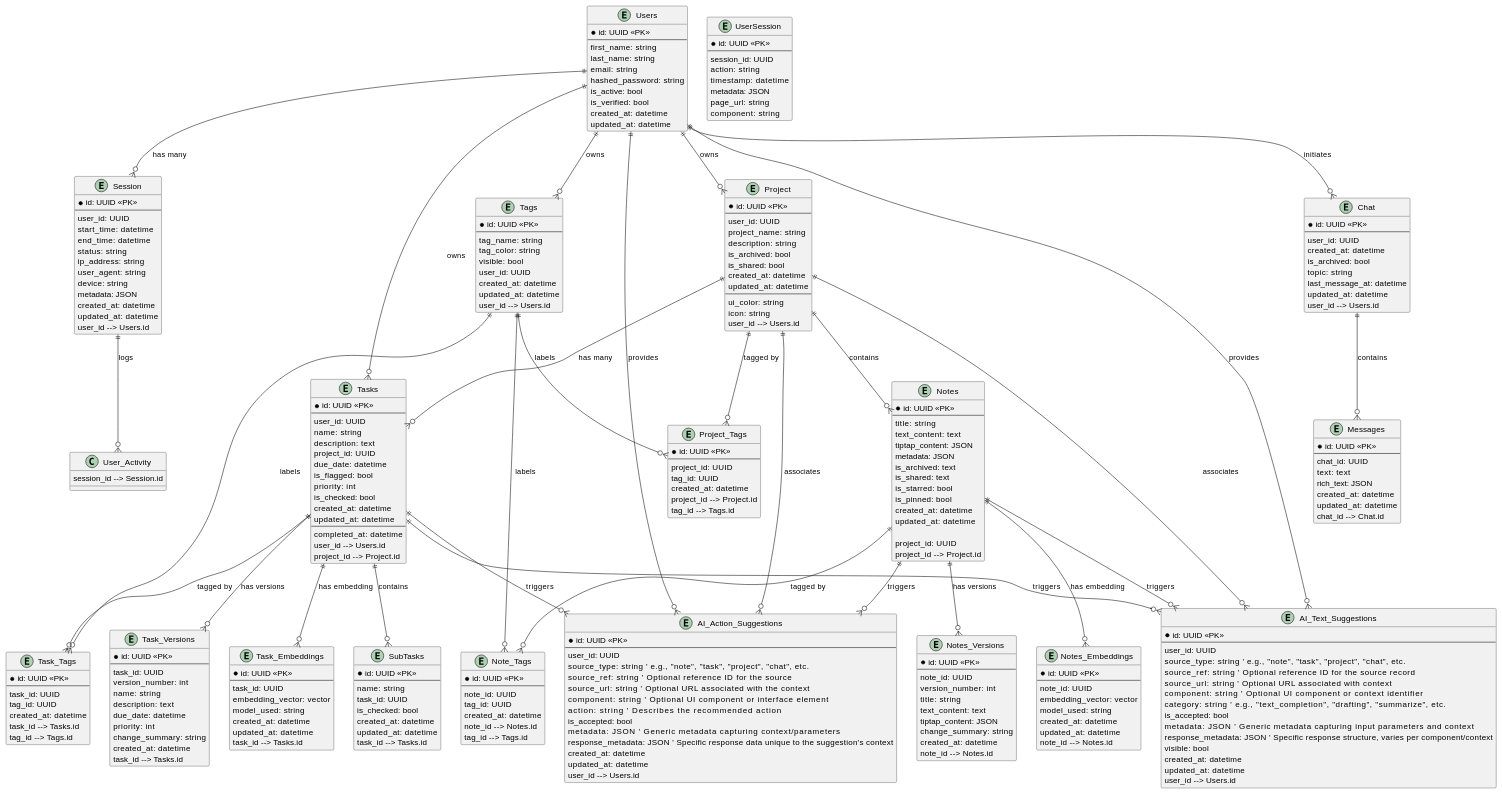
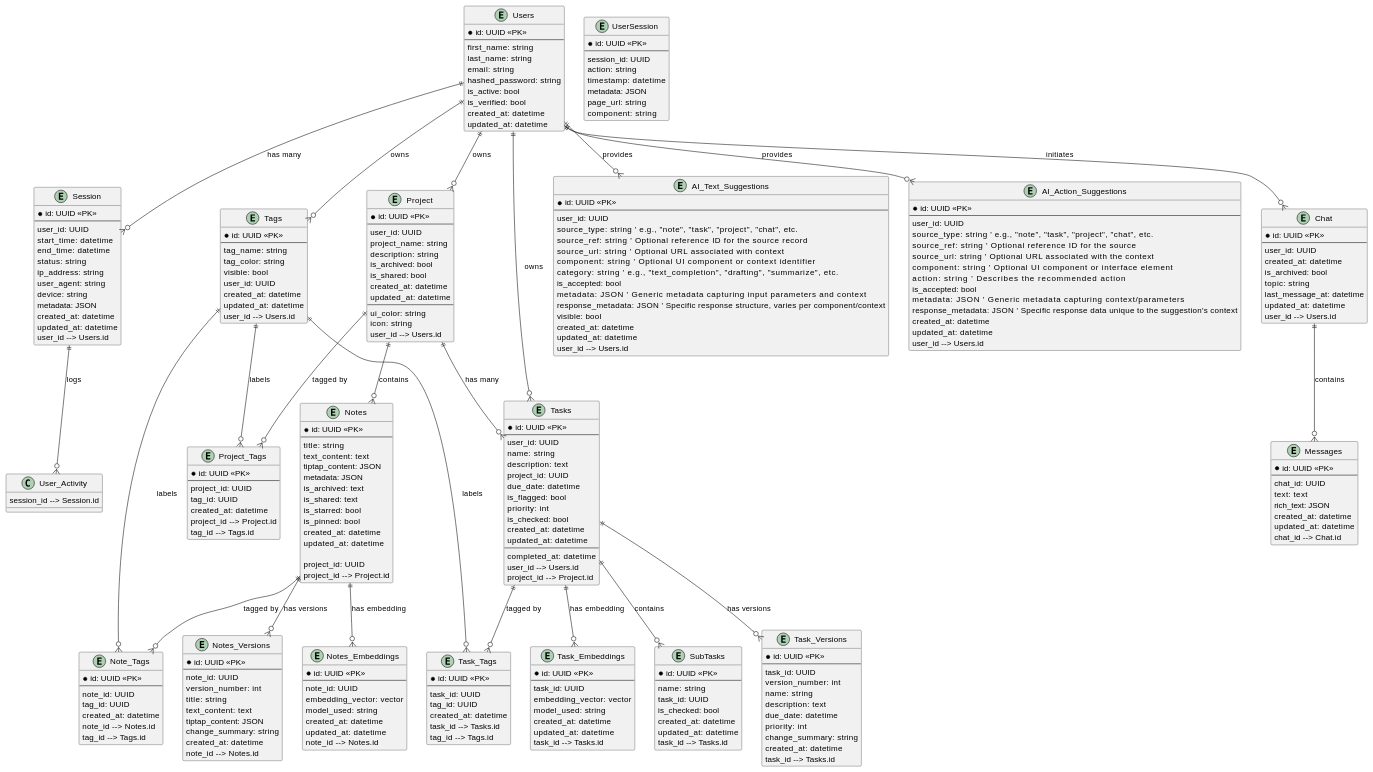
Before and after one commit to felipeazuazagal25/ByNote.ai: the diagram in backend/erm.md, drawn with PlantUML. The commit also changed 32 other files, not shown here.

```diff
--- a/backend/erm.md
+++ b/backend/erm.md
@@ -261,22 +261,16 @@
 ' Project relationships:
 Project ||--o{ Notes : "contains"
 Project ||--o{ Tasks : "has many"
-Project ||--o{ AI_Text_Suggestions : "associates"
-Project ||--o{ AI_Action_Suggestions : "associates"
 Project ||--o{ Project_Tags : "tagged by"
 
 ' Notes relationships:
 Notes ||--o{ Notes_Versions : "has versions"
 Notes ||--o{ Notes_Embeddings : "has embedding"
-Notes ||--o{ AI_Text_Suggestions : "triggers"
-Notes ||--o{ AI_Action_Suggestions : "triggers"
 Notes ||--o{ Note_Tags : "tagged by"
 
 ' Tasks relationships:
 Tasks ||--o{ SubTasks : "contains"
 Tasks ||--o{ Task_Versions : "has versions"
-Tasks ||--o{ AI_Text_Suggestions : "triggers"
-Tasks ||--o{ AI_Action_Suggestions : "triggers"
 Tasks ||--o{ Task_Tags : "tagged by"
 Tasks ||--o{ Task_Embeddings : "has embedding"
 
```
